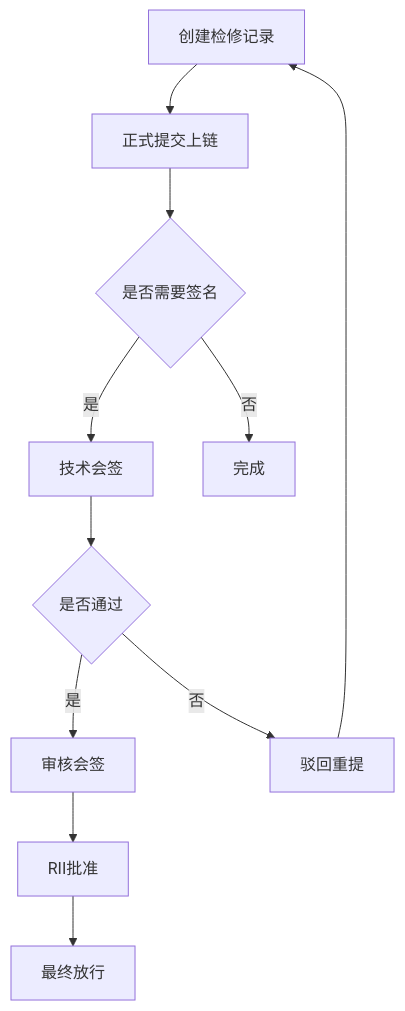
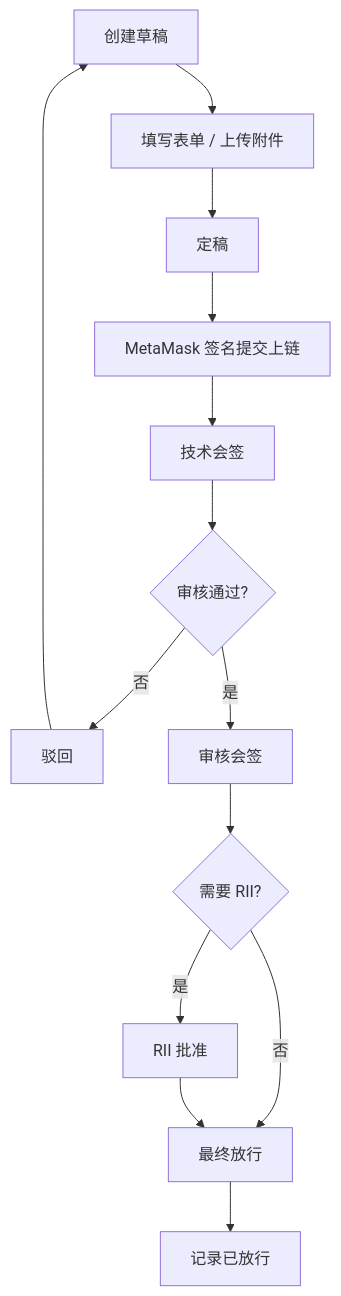
The second of 3 diagrams in README.md (Roamingen/aero-evidence), drawn with Mermaid before and after one commit. The commit also changed other lines of this file, not shown here.

````diff
--- a/README.md
+++ b/README.md
@@ -255,13 +260,16 @@
 ```mermaid
-graph TD
-    A[创建检修记录] --> B[正式提交上链]
-    B --> C{是否需要签名}
-    C -->|是| D[技术会签]
-    C -->|否| G[完成]
-    D --> E{是否通过}
-    E -->|是| F[审核会签]
-    E -->|否| H[驳回重提]
-    F --> I[RII批准]
-    I --> J[最终放行]
-    H --> A
+flowchart TD
+    A[创建草稿] --> B[填写表单 / 上传附件]
+    B --> C[定稿]
+    C --> D[MetaMask 签名提交上链]
+    D --> E[技术会签]
+    E --> F{审核通过?}
+    F -->|否| G[驳回]
+    G --> A
+    F -->|是| H[审核会签]
+    H --> I{需要 RII?}
+    I -->|是| J[RII 批准]
+    I -->|否| K[最终放行]
+    J --> K
+    K --> L[记录已放行]
 ```
````
